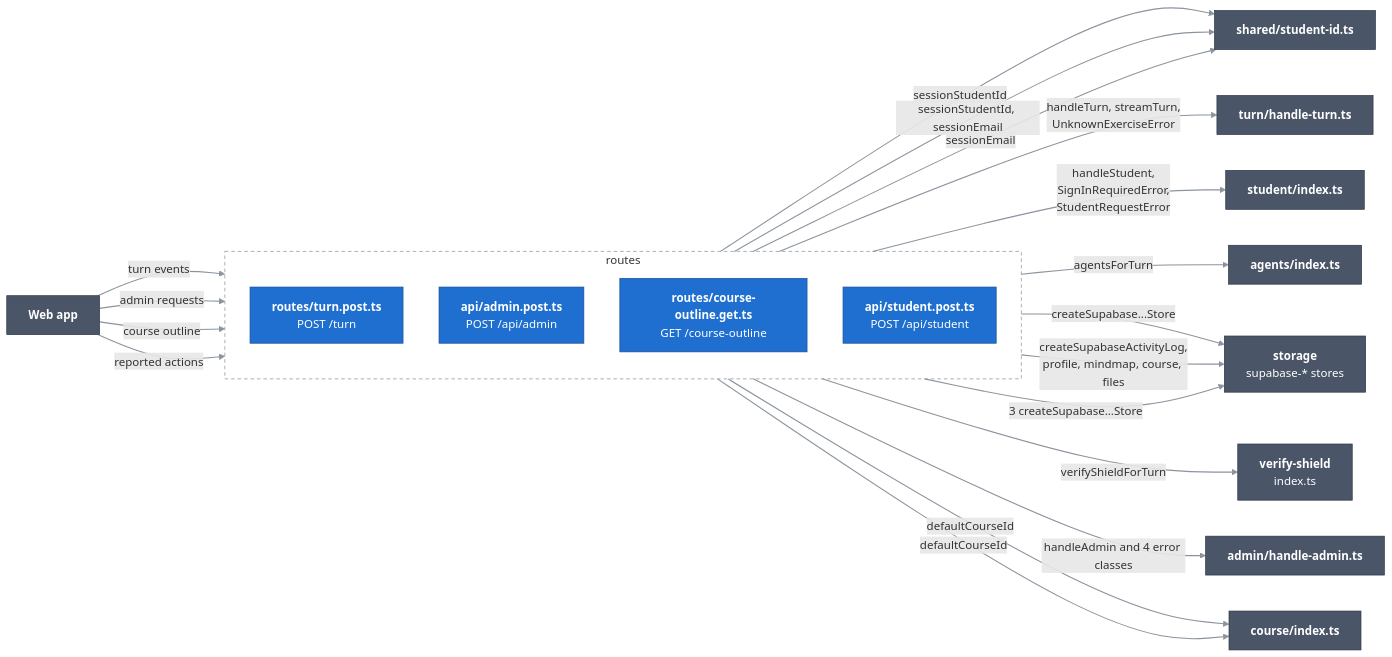
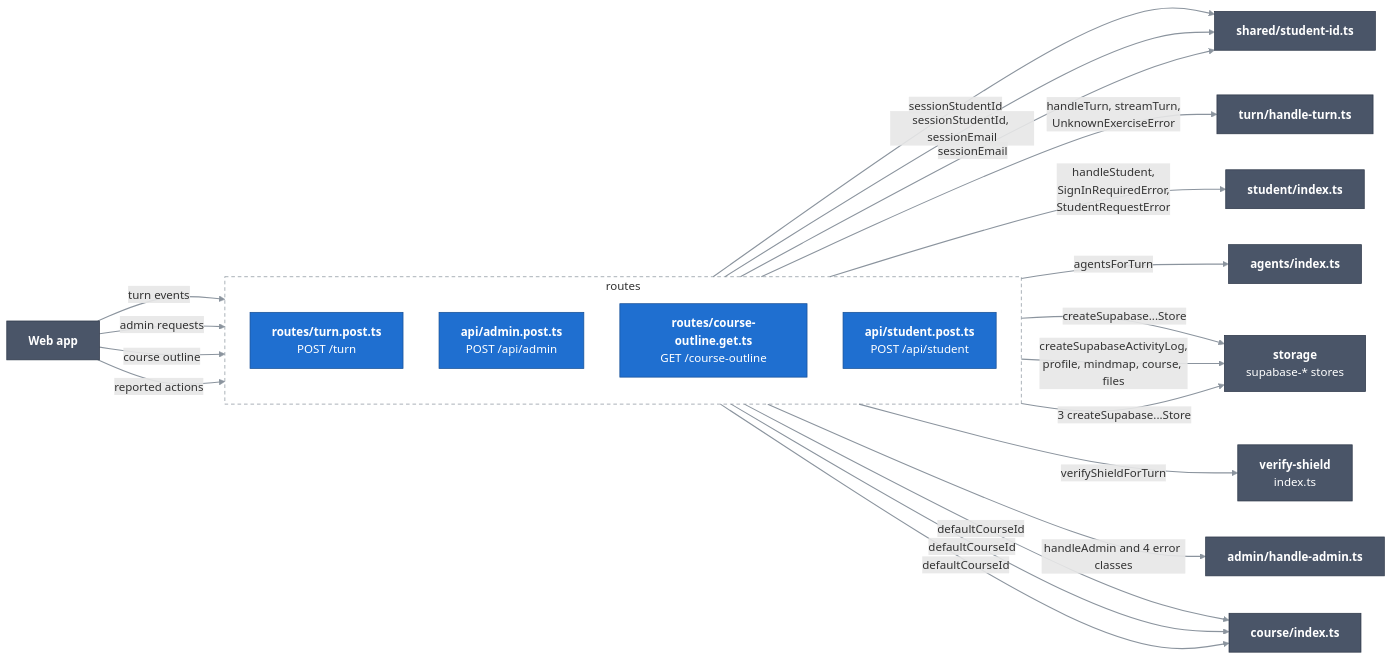
The diagram in docs/c4/03-components/server/01-routes.md (Bill2926/COS40005_HN9_Verifiable_Co-Learner_Agent), drawn with Mermaid before and after one commit. The commit also changed other lines of this file and 8 other files, not shown here.

````diff
--- a/docs/c4/03-components/server/01-routes.md
+++ b/docs/c4/03-components/server/01-routes.md
@@ -10,46 +10,47 @@
 ```mermaid
 flowchart LR
   classDef comp fill:#1f6fd0,stroke:#164f96,color:#ffffff
   classDef near fill:#4a5568,stroke:#2d3748,color:#ffffff
   linkStyle default stroke:#8b949e,stroke-width:1.5px
 
   spa["<b>Web app</b>"]:::near
 
   subgraph routes["routes"]
     direction TB
     turnRoute["<b>routes/turn.post.ts</b><br/>POST /turn"]:::comp
     adminRoute["<b>api/admin.post.ts</b><br/>POST /api/admin"]:::comp
     outlineRoute["<b>routes/course-outline.get.ts</b><br/>GET /course-outline"]:::comp
     studentRoute["<b>api/student.post.ts</b><br/>POST /api/student"]:::comp
   end
 
   handleTurn["<b>turn/handle-turn.ts</b>"]:::near
   handleStudent["<b>student/index.ts</b>"]:::near
   handleAdmin["<b>admin/handle-admin.ts</b>"]:::near
   agents["<b>agents/index.ts</b>"]:::near
   stores["<b>storage</b><br/>supabase-* stores"]:::near
   shield["<b>verify-shield</b><br/>index.ts"]:::near
   studentId["<b>shared/student-id.ts</b>"]:::near
   course["<b>course/index.ts</b>"]:::near
 
   spa ==>|"turn events"| turnRoute
   spa ==>|"admin requests"| adminRoute
   spa ==>|"course outline"| outlineRoute
   spa ==>|"reported actions"| studentRoute
 
   turnRoute -->|"sessionStudentId"| studentId
   studentRoute -->|"sessionStudentId, sessionEmail"| studentId
   turnRoute -->|"handleTurn, streamTurn,<br/>UnknownExerciseError"| handleTurn
   studentRoute -->|"handleStudent,<br/>SignInRequiredError,<br/>StudentRequestError"| handleStudent
   turnRoute -->|"agentsForTurn"| agents
   turnRoute -->|"createSupabase...Store"| stores
   studentRoute -->|"createSupabaseActivityLog,<br/>profile, mindmap, course, files"| stores
   turnRoute -->|"verifyShieldForTurn"| shield
   adminRoute -->|"sessionEmail"| studentId
   adminRoute -->|"handleAdmin and 4 error classes"| handleAdmin
   adminRoute -->|"3 createSupabase...Store"| stores
   outlineRoute -->|"defaultCourseId"| course
   studentRoute -->|"defaultCourseId"| course
+  turnRoute -->|"defaultCourseId"| course
 
   style routes fill:none,stroke:#8b949e,stroke-dasharray:5 4
 ```
````
